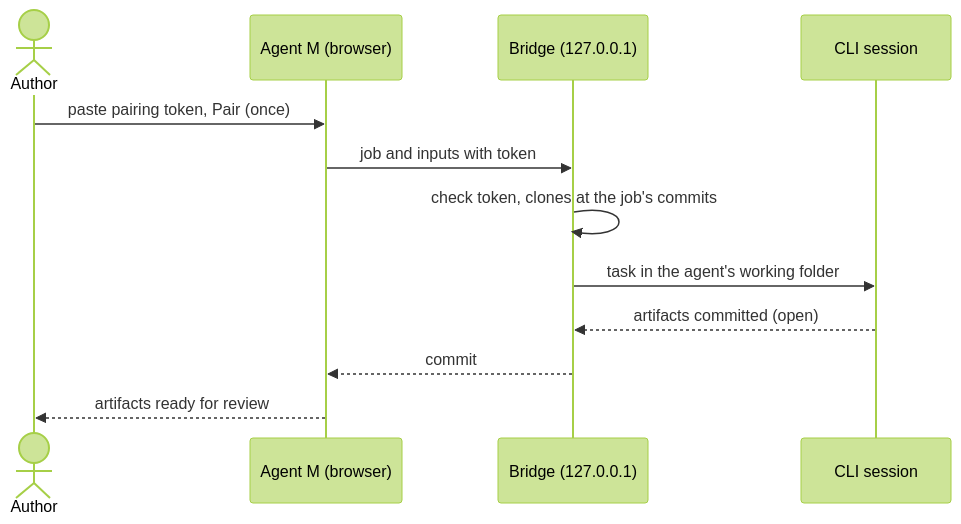
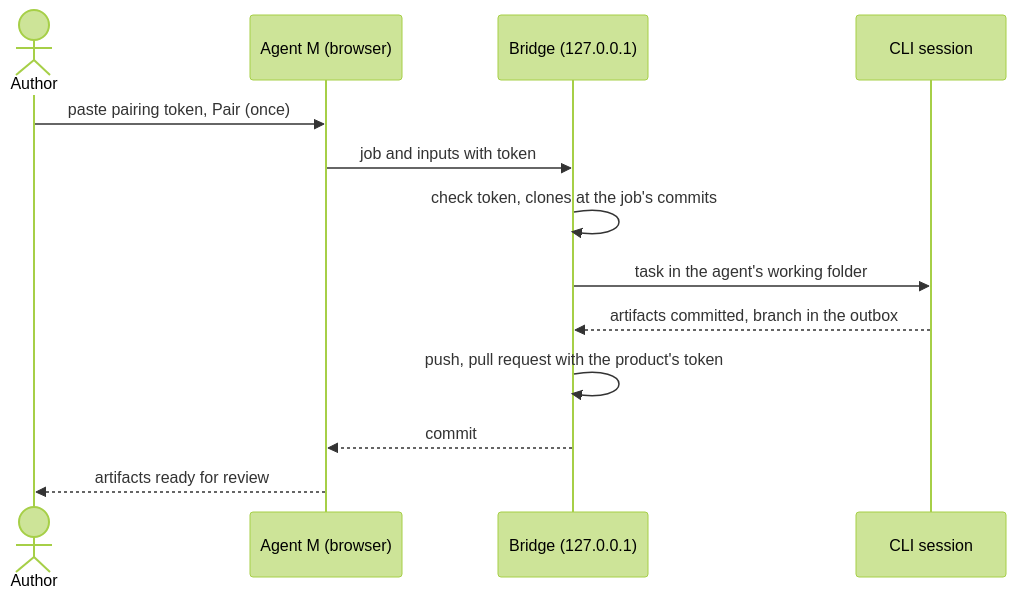
The diagram in docs/use-cases/UC-011-hand-a-job-to-a-local-cli-session.md (akmaier/agent-m), drawn with Mermaid (forest theme) before and after one commit. The commit also changed other lines of this file and 18 other files, not shown here.

````diff
--- a/docs/use-cases/UC-011-hand-a-job-to-a-local-cli-session.md
+++ b/docs/use-cases/UC-011-hand-a-job-to-a-local-cli-session.md
@@ -65,14 +70,15 @@
 ```mermaid
 sequenceDiagram
     actor A as Author
     participant M as Agent M (browser)
     participant B as Bridge (127.0.0.1)
     participant C as CLI session
     A->>M: paste pairing token, Pair (once)
     M->>B: job and inputs with token
     B->>B: check token, clones at the job's commits
     B->>C: task in the agent's working folder
-    C-->>B: artifacts committed (open)
+    C-->>B: artifacts committed, branch in the outbox
+    B->>B: push, pull request with the product's token
     B-->>M: commit
     M-->>A: artifacts ready for review
 ```
````
